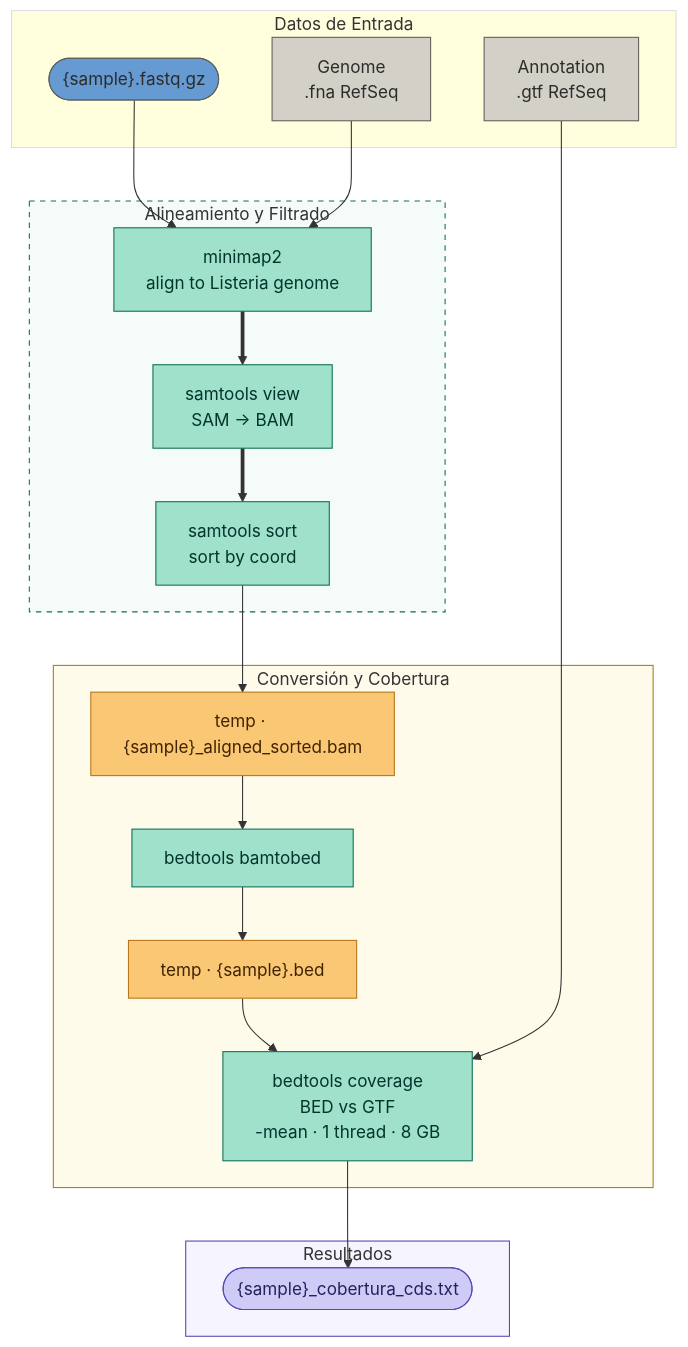
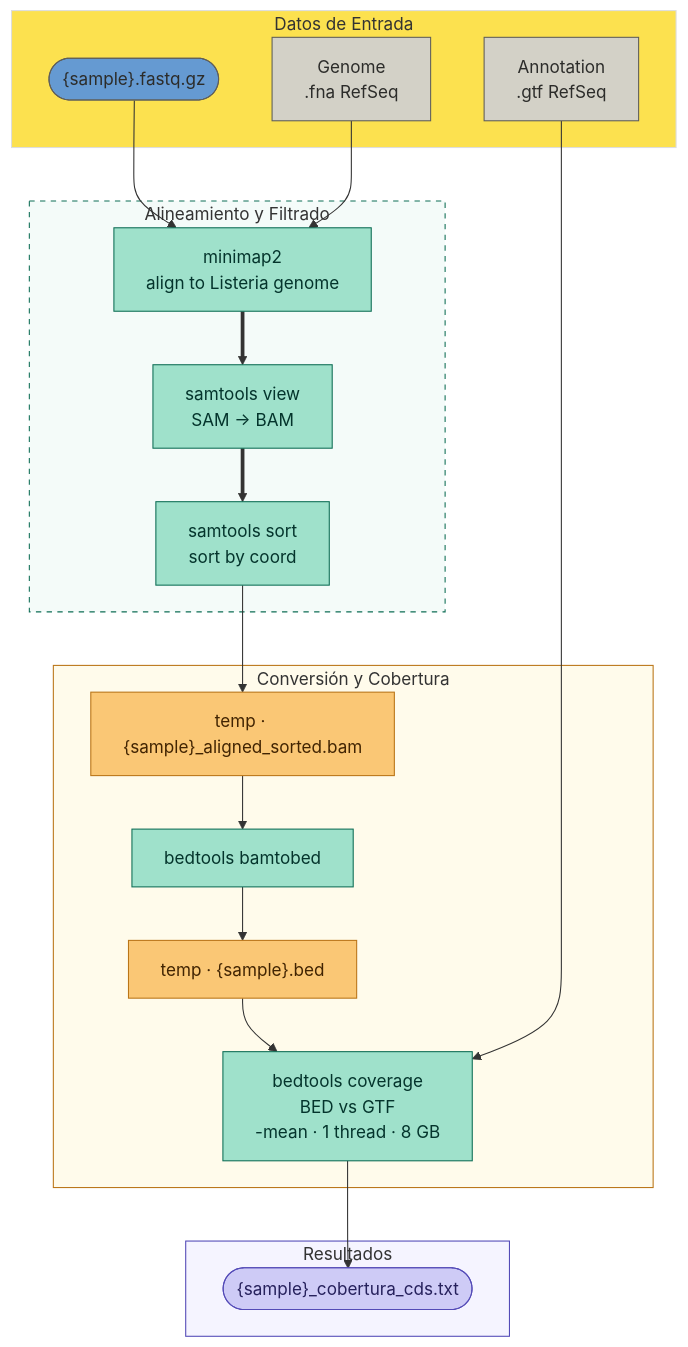
The diagram in readme.md (laugior/search4listeria), drawn with Mermaid before and after one commit.

````diff
--- a/readme.md
+++ b/readme.md
@@ -3,61 +3,61 @@
 ```mermaid
 flowchart TB
     %% --- ENTRADAS ---
     subgraph INPUTS ["Datos de Entrada"]
         INPUT(["{sample}.fastq.gz"])
         GENOME["Genome\n.fna RefSeq"]
         GTF["Annotation\n.gtf RefSeq"]
     end
 
     %% --- PROCESAMIENTO EN STREAMING ---
     subgraph ALIGNMENT ["Alineamiento y Filtrado"]
         MM["minimap2\nalign to Listeria genome"]
         SV["samtools view\nSAM → BAM"]
         SS["samtools sort\nsort by coord"]
         
         MM ==>  SV ==>  SS
     end
 
     %% --- PASOS INTERMEDIOS Y ANÁLISIS ---
     subgraph ANALYSIS ["Conversión y Cobertura"]
         SBAM["temp · {sample}_aligned_sorted.bam"]
         B2B["bedtools bamtobed"]
         BED["temp · {sample}.bed"]
         COV["bedtools coverage\nBED vs GTF\n-mean · 1 thread · 8 GB"]
     end
 
     %% --- SALIDA ---
     subgraph OUTPUTS ["Resultados"]
         OUTPUT(["{sample}_cobertura_cds.txt"])
     end
 
     %% --- CONEXIONES GLOBALES ---
     INPUT & GENOME --> MM
     SS --> SBAM
     SBAM --> B2B
     B2B --> BED
     BED & GTF --> COV
     COV --> OUTPUT
 
     %% --- ESTILOS ---
     style INPUT  fill:#659ad2,stroke:#5F5E5A,color:#2C2C2A
     style GENOME fill:#D3D1C7,stroke:#5F5E5A,color:#2C2C2A
     style GTF    fill:#D3D1C7,stroke:#5F5E5A,color:#2C2C2A
     
     style MM     fill:#9FE1CB,stroke:#0F6E56,color:#04342C
     style SV     fill:#9FE1CB,stroke:#0F6E56,color:#04342C
     style SS     fill:#9FE1CB,stroke:#0F6E56,color:#04342C
     style B2B    fill:#9FE1CB,stroke:#0F6E56,color:#04342C
     style COV    fill:#9FE1CB,stroke:#0F6E56,color:#04342C
 
     style SBAM   fill:#FAC775,stroke:#BA7517,color:#412402
     style BED    fill:#FAC775,stroke:#BA7517,color:#412402
     
     style OUTPUT fill:#CECBF6,stroke:#534AB7,color:#26215C
 
     %% Estilos de los subgrafos para dar estructura limpia
-    style INPUTS fill:##a4fcd6,stroke:#ddd,stroke-width:1px
+    style INPUTS fill:#fce14f,stroke:#ddd,stroke-width:1px
     style ALIGNMENT fill:#f4fbf9,stroke:#0F6E56,stroke-width:1px,stroke-dasharray: 5 5
     style ANALYSIS fill:#fffbeb,stroke:#BA7517,stroke-width:1px
     style OUTPUTS fill:#f5f4ff,stroke:#534AB7,stroke-width:1px
 ```
````
